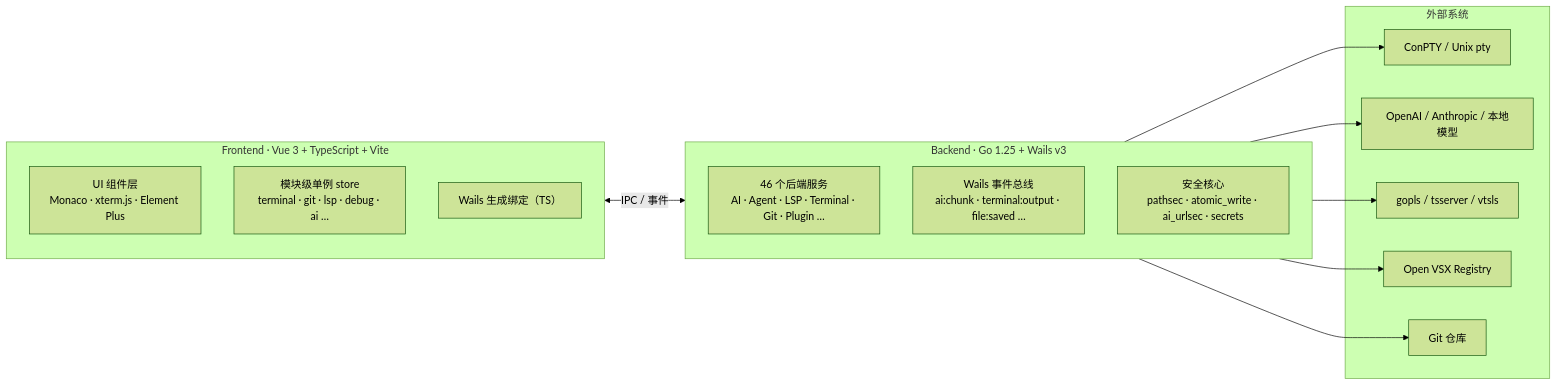
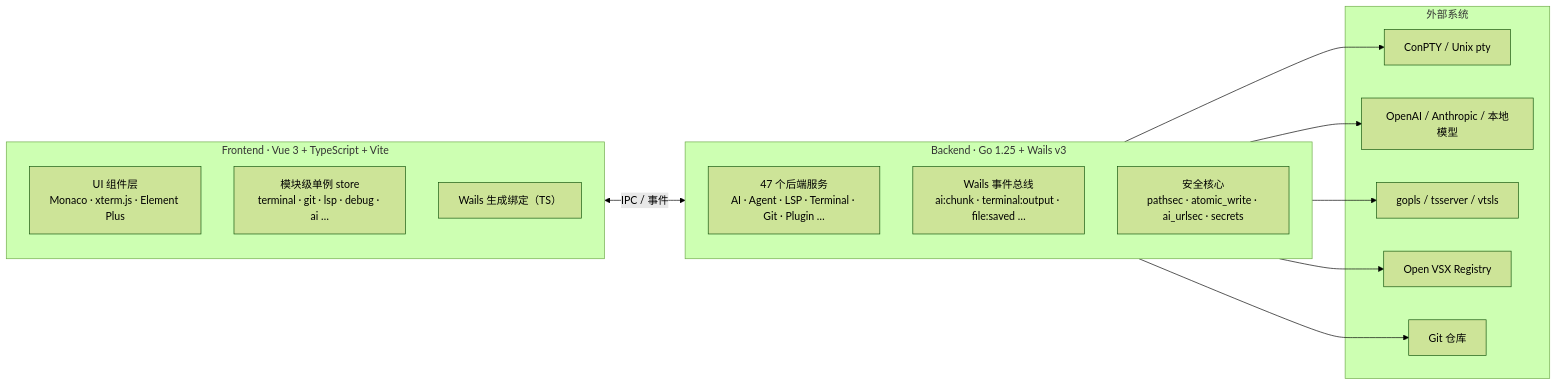
Before and after one commit to CuTeLiTTleBraids-Geek-studio/koyori-ide: the diagram in README.md, drawn with Mermaid (forest theme). The commit also changed other lines of this file and 17 other files, not shown here.

````diff
--- a/README.md
+++ b/README.md
@@ -144,22 +150,22 @@
 ```mermaid
 flowchart LR
     subgraph FE["Frontend · Vue 3 + TypeScript + Vite"]
         UI["UI 组件层<br/>Monaco · xterm.js · Element Plus"]
         ST["模块级单例 store<br/>terminal · git · lsp · debug · ai …"]
         API["Wails 生成绑定（TS）"]
     end
     subgraph BE["Backend · Go 1.25 + Wails v3"]
-        SVC["46 个后端服务<br/>AI · Agent · LSP · Terminal · Git · Plugin …"]
+        SVC["47 个后端服务<br/>AI · Agent · LSP · Terminal · Git · Plugin …"]
         EV["Wails 事件总线<br/>ai:chunk · terminal:output · file:saved …"]
         SEC["安全核心<br/>pathsec · atomic_write · ai_urlsec · secrets"]
     end
     subgraph EXT["外部系统"]
         PTY["ConPTY / Unix pty"]
         AIAPI["OpenAI / Anthropic / 本地模型"]
         LS["gopls / tsserver / vtsls"]
         VSX["Open VSX Registry"]
         GIT["Git 仓库"]
     end
     FE <-->|IPC / 事件| BE
     BE --> PTY & AIAPI & LS & VSX & GIT
 ```
````
